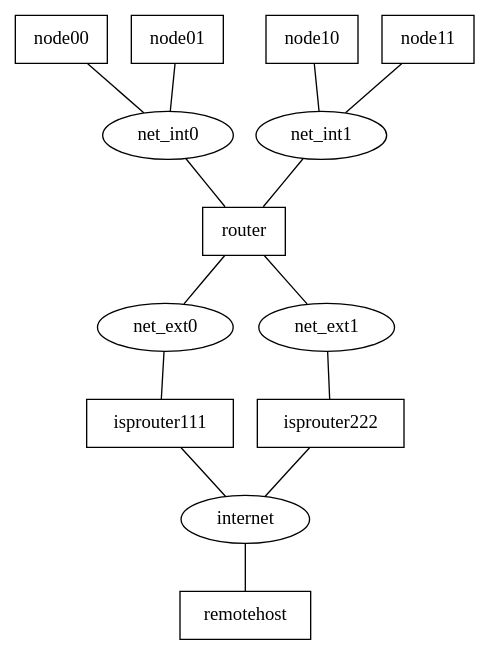
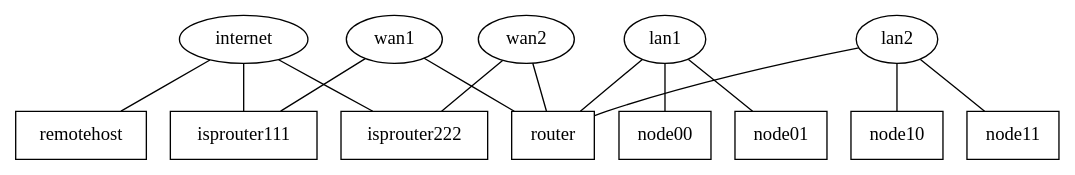
Before and after one commit to larsks/crazy-polenta-example-toplogy: the diagram in topology.dot, drawn with Graphviz. The commit also changed 15 other files, not shown here.

```diff
--- a/topology.dot
+++ b/topology.dot
@@ -1,24 +1,28 @@
-graph {
-    node00 [shape=box];
-    node01 [shape=box];
-    node10 [shape=box];
-    node11 [shape=box];
-    router [shape=box];
-    isprouter111 [shape=box];
-    isprouter222 [shape=box];
-    remotehost [shape=box];
-
-    node00 -- net_int0;
-    node01 -- net_int0;
-    node10 -- net_int1;
-    node11 -- net_int1;
-    net_int0 -- router;
-    net_int1 -- router;
-    router -- net_ext0;
-    router -- net_ext1;
-    net_ext0 -- isprouter111;
-    net_ext1 -- isprouter222;
-    isprouter111 -- internet;
-    isprouter222 -- internet;
-    internet -- remotehost;
-  }
+strict graph  {
+wan1;
+wan2;
+internet;
+lan1;
+lan2;
+remotehost [shape=box];
+isprouter111 [shape=box];
+isprouter222 [shape=box];
+router [shape=box];
+node00 [shape=box];
+node01 [shape=box];
+node10 [shape=box];
+node11 [shape=box];
+wan1 -- isprouter111;
+wan1 -- router;
+wan2 -- isprouter222;
+wan2 -- router;
+internet -- remotehost;
+internet -- isprouter111;
+internet -- isprouter222;
+lan1 -- router;
+lan1 -- node00;
+lan1 -- node01;
+lan2 -- router;
+lan2 -- node10;
+lan2 -- node11;
+}
```
